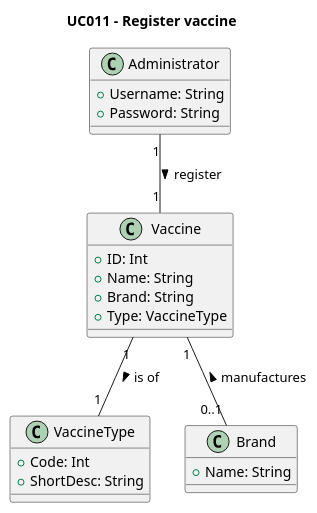
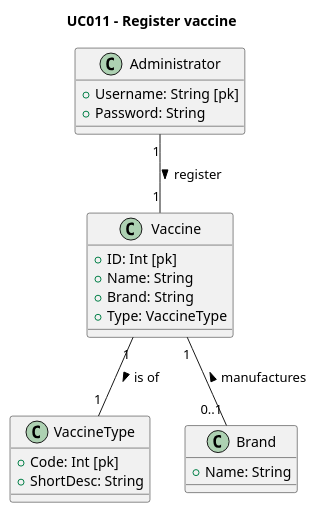
The diagram in sns-base/doc/global/use-cases/UC011/uc-UCD011-DM.puml (rafaafig/SnsTrab), drawn with PlantUML before and after one commit. The commit also changed 10 other files, not shown here.

Commit message:
modelo logico nos diagramas dos casos

```diff
--- a/sns-base/doc/global/use-cases/UC011/uc-UCD011-DM.puml
+++ b/sns-base/doc/global/use-cases/UC011/uc-UCD011-DM.puml
@@ -1,37 +1,37 @@
 @startuml
 'skinparam monochrome true
 'skinparam shadowing false
 
 
 title UC011 - Register vaccine
 
 class Administrator {
-    +Username: String
+    +Username: String [pk]
     +Password: String
 }
 
 
 class Vaccine {
-    +ID: Int
+    +ID: Int [pk]
     +Name: String
     +Brand: String
     +Type: VaccineType
 }
 
 class VaccineType {
-    +Code: Int
+    +Code: Int [pk]
     +ShortDesc: String
 }
 
 class Brand {
     +Name: String
 }
 
 
 ' Relationships
 Administrator "1" -- "1" Vaccine : register >
 Vaccine "1" -- "0..1" Brand : manufactures <
 Vaccine "1" -- "1" VaccineType : is of >
 
 
 @enduml
```
